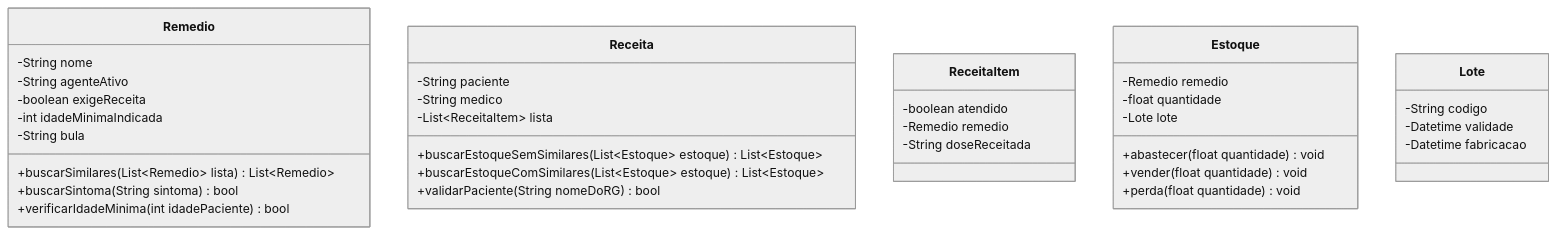
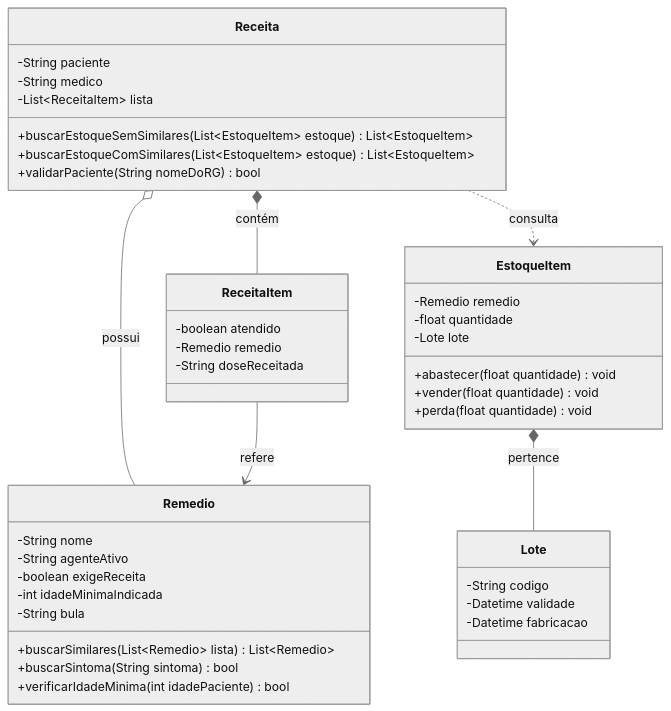
Before and after one commit to alessandrocabralfatec/linguagemprogramacao1: the second of 3 diagrams in aula04/src/segmento/README.md, drawn with Mermaid (neutral theme).

Commit message:
docs(readme): relacao entre classes da Farmacia

````diff
--- a/aula04/src/segmento/README.md
+++ b/aula04/src/segmento/README.md
@@ -72,54 +72,61 @@
 ```mermaid
 classDiagram
 title Farmacia
+
+     Receita o-- Remedio : possui
+     Receita *-- ReceitaItem : contém
+     ReceitaItem --> Remedio : refere
+     Receita ..> EstoqueItem : consulta
+     EstoqueItem *-- Lote : pertence
+
     
     class Remedio {
         -String nome
         -String agenteAtivo
         -boolean exigeReceita
         -int idadeMinimaIndicada
         -String bula
         
         +buscarSimilares(List~Remedio~ lista) List~Remedio~
         +buscarSintoma(String sintoma) bool
         +verificarIdadeMinima(int idadePaciente) bool
         
     }
     class Receita {
         -String paciente
         -String medico
         -List~ReceitaItem~ lista
         
     
-        +buscarEstoqueSemSimilares(List~Estoque~ estoque) List~Estoque~
-        +buscarEstoqueComSimilares(List~Estoque~ estoque) List~Estoque~
+        +buscarEstoqueSemSimilares(List~EstoqueItem~ estoque) List~EstoqueItem~
+        +buscarEstoqueComSimilares(List~EstoqueItem~ estoque) List~EstoqueItem~
         +validarPaciente(String nomeDoRG) bool
     }
     
     class ReceitaItem {
         -boolean atendido
         -Remedio remedio
         -String doseReceitada
         
         
     }
     
-    class Estoque{
+    class EstoqueItem{
         -Remedio remedio
         -float quantidade
         -Lote lote
 
         +abastecer(float quantidade) void
         +vender(float quantidade) void
         +perda(float quantidade) void
     }
     
     class Lote {
         -String codigo    
         -Datetime validade
         -Datetime fabricacao
         
         
     }
    
 ```
````
